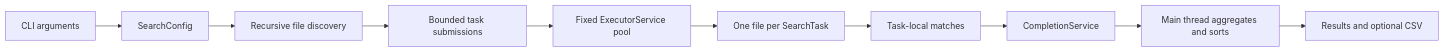
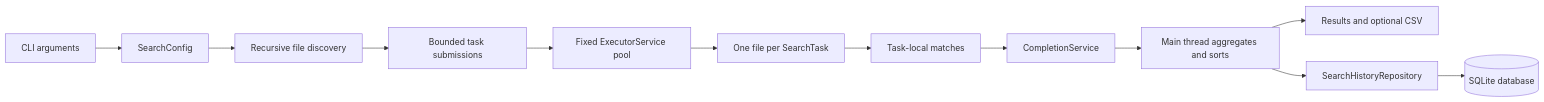
Before and after one commit to arianaDaboc/multithreaded-file-search-engine-java: the diagram in README.md, drawn with Mermaid. The commit also changed other lines of this file and 7 other files, not shown here.

Commit message:
Add SQLite search history persistence

````diff
--- a/README.md
+++ b/README.md
@@ -43,12 +49,14 @@
 ```mermaid
 flowchart LR
     A[CLI arguments] --> B[SearchConfig]
     B --> C[Recursive file discovery]
     C --> D[Bounded task submissions]
     D --> E[Fixed ExecutorService pool]
     E --> F[One file per SearchTask]
     F --> G[Task-local matches]
     G --> H[CompletionService]
     H --> I[Main thread aggregates and sorts]
     I --> J[Results and optional CSV]
+    I --> K[SearchHistoryRepository]
+    K --> L[(SQLite database)]
 ```
````
